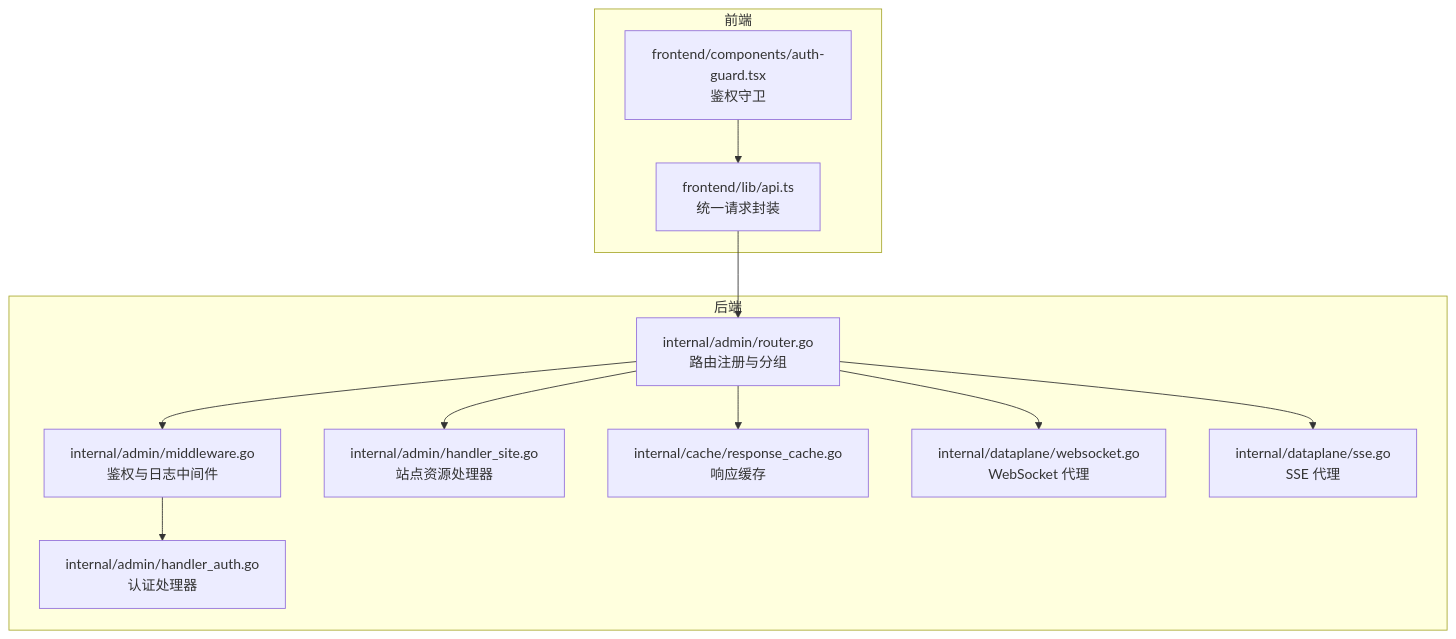
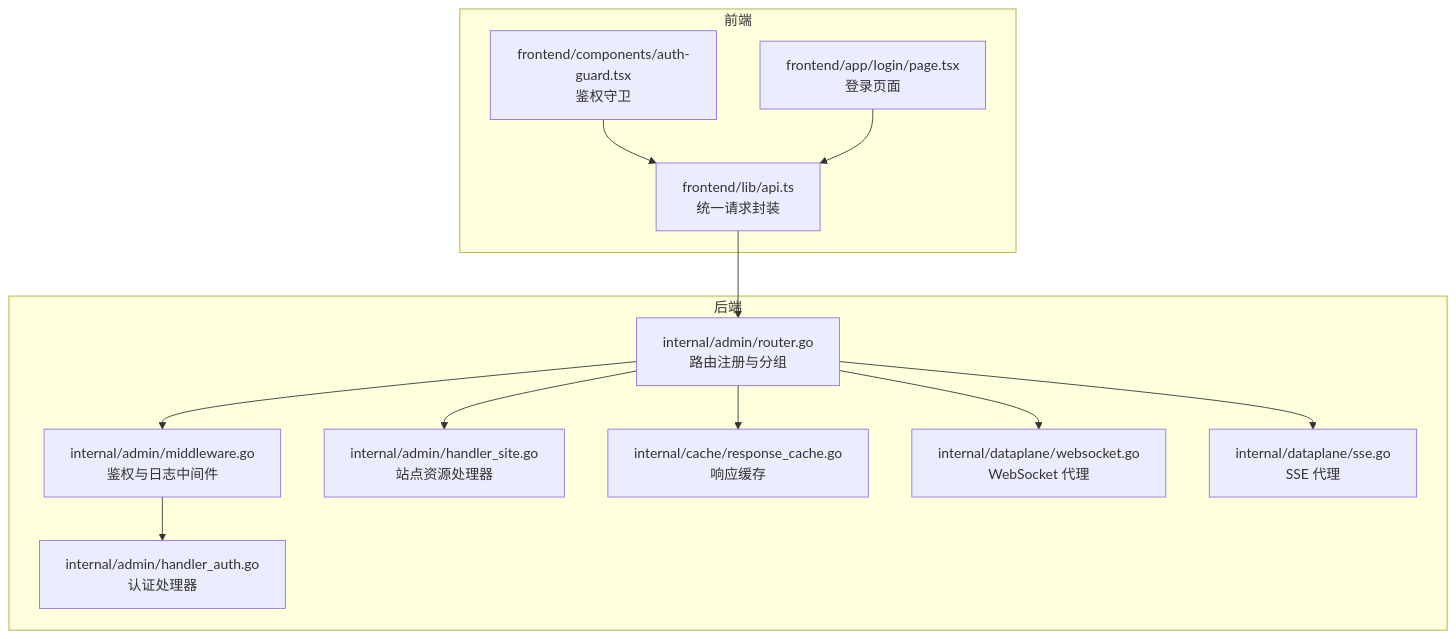
One commit to x01n/My-OpenWaf changed the first of 7 diagrams in docs/前端管理界面/API 集成.md. Above: the diagram before and after it, drawn with Mermaid. The commit also changed other lines of this file and 199 other files, not shown here.

````diff
--- a/docs/前端管理界面/API 集成.md
+++ b/docs/前端管理界面/API 集成.md
@@ -44,24 +49,26 @@
 ```mermaid
 graph TB
 subgraph "前端"
 FE_API["frontend/lib/api.ts<br/>统一请求封装"]
 FE_AUTH["frontend/components/auth-guard.tsx<br/>鉴权守卫"]
+FE_LOGIN["frontend/app/login/page.tsx<br/>登录页面"]
 end
 subgraph "后端"
 ROUTER["internal/admin/router.go<br/>路由注册与分组"]
 MW["internal/admin/middleware.go<br/>鉴权与日志中间件"]
 AUTH_H["internal/admin/handler_auth.go<br/>认证处理器"]
 SITE_H["internal/admin/handler_site.go<br/>站点资源处理器"]
 CACHE["internal/cache/response_cache.go<br/>响应缓存"]
 WS["internal/dataplane/websocket.go<br/>WebSocket 代理"]
 SSE["internal/dataplane/sse.go<br/>SSE 代理"]
 end
 FE_API --> ROUTER
 FE_AUTH --> FE_API
+FE_LOGIN --> FE_API
 ROUTER --> MW
 MW --> AUTH_H
 ROUTER --> SITE_H
 ROUTER --> CACHE
 ROUTER --> WS
 ROUTER --> SSE
 ```
````
